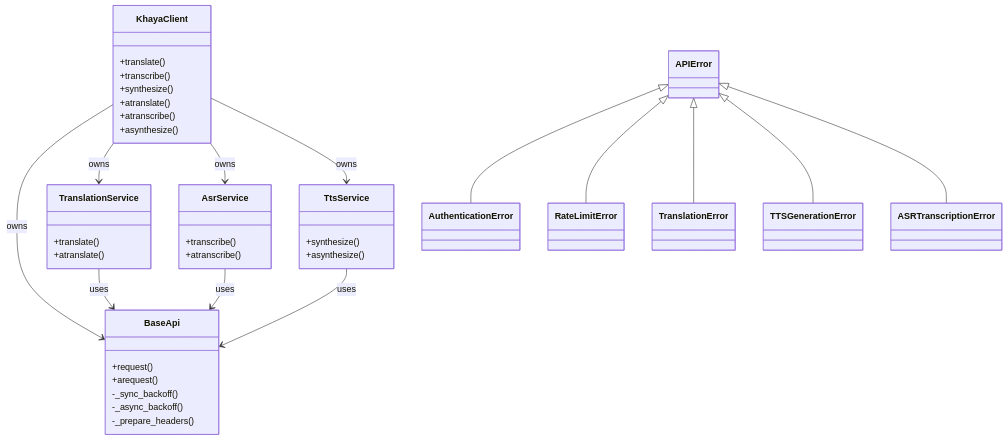
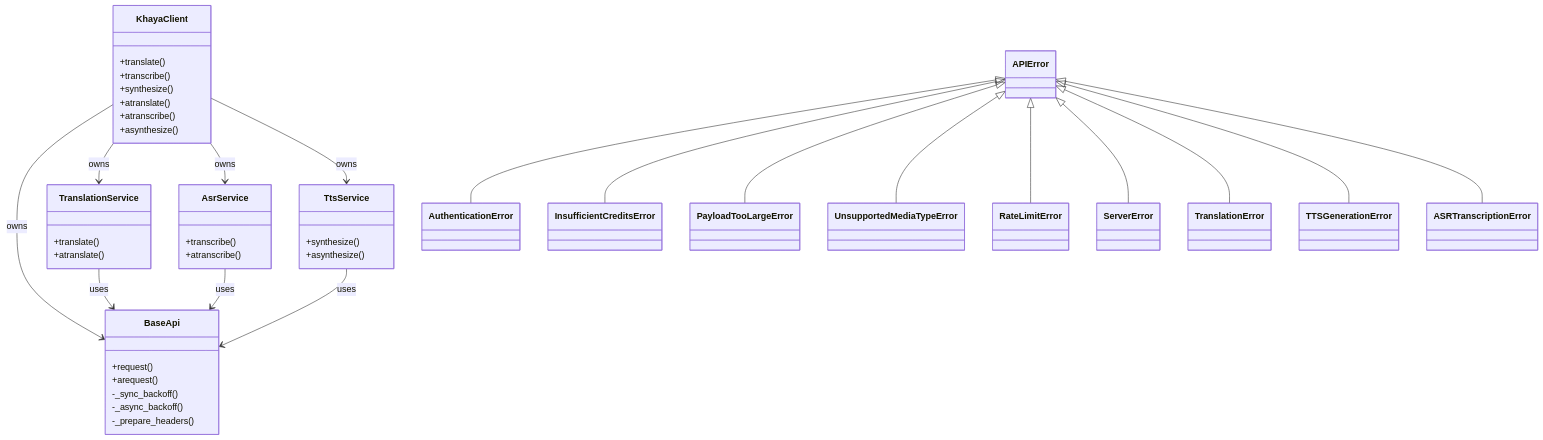
One commit to Khaya-AI/khaya-sdk changed the second of 2 diagrams in docs/internals.md. Above: the diagram before and after it, drawn with Mermaid. The commit also changed other lines of this file and 34 other files, not shown here.

````diff
--- a/docs/internals.md
+++ b/docs/internals.md
@@ -53,55 +57,63 @@
 ```mermaid
 classDiagram
     class KhayaClient {
         +translate()
         +transcribe()
         +synthesize()
         +atranslate()
         +atranscribe()
         +asynthesize()
     }
 
     class BaseApi {
         +request()
         +arequest()
         -_sync_backoff()
         -_async_backoff()
         -_prepare_headers()
     }
 
     class TranslationService {
         +translate()
         +atranslate()
     }
 
     class AsrService {
         +transcribe()
         +atranscribe()
     }
 
     class TtsService {
         +synthesize()
         +asynthesize()
     }
 
     class APIError
     class AuthenticationError
+    class InsufficientCreditsError
+    class PayloadTooLargeError
+    class UnsupportedMediaTypeError
     class RateLimitError
+    class ServerError
     class TranslationError
     class TTSGenerationError
     class ASRTranscriptionError
 
     KhayaClient --> BaseApi : owns
     KhayaClient --> TranslationService : owns
     KhayaClient --> AsrService : owns
     KhayaClient --> TtsService : owns
     TranslationService --> BaseApi : uses
     AsrService --> BaseApi : uses
     TtsService --> BaseApi : uses
 
     APIError <|-- AuthenticationError
+    APIError <|-- InsufficientCreditsError
+    APIError <|-- PayloadTooLargeError
+    APIError <|-- UnsupportedMediaTypeError
     APIError <|-- RateLimitError
+    APIError <|-- ServerError
     APIError <|-- TranslationError
     APIError <|-- TTSGenerationError
     APIError <|-- ASRTranscriptionError
 ```
````
